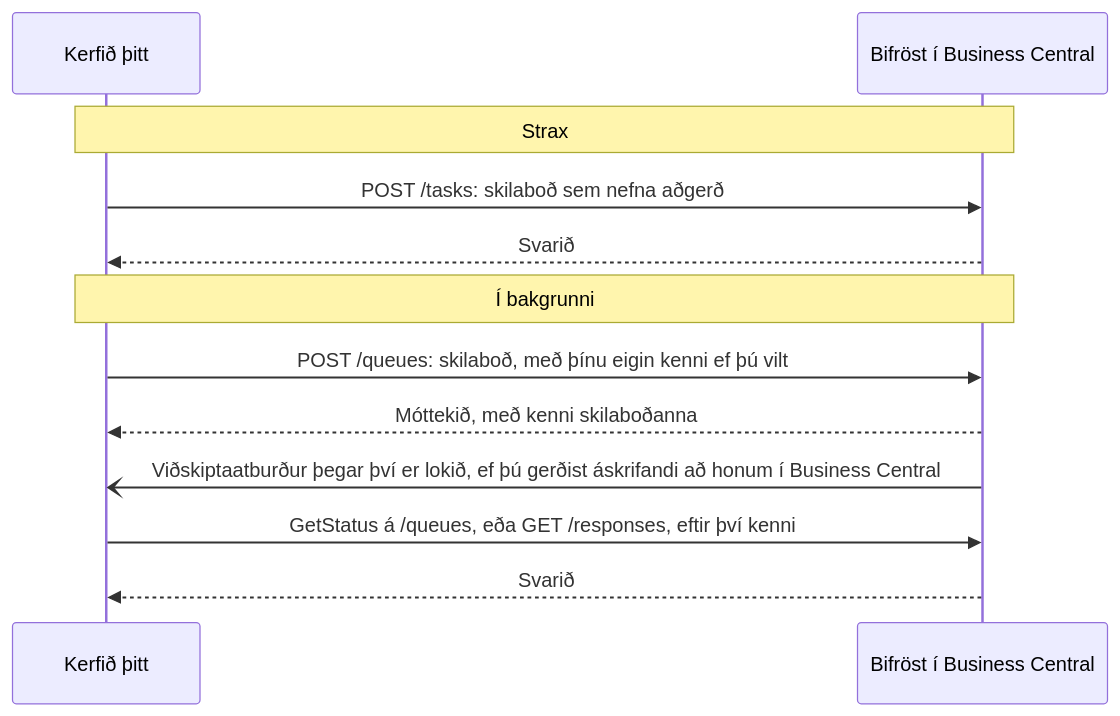
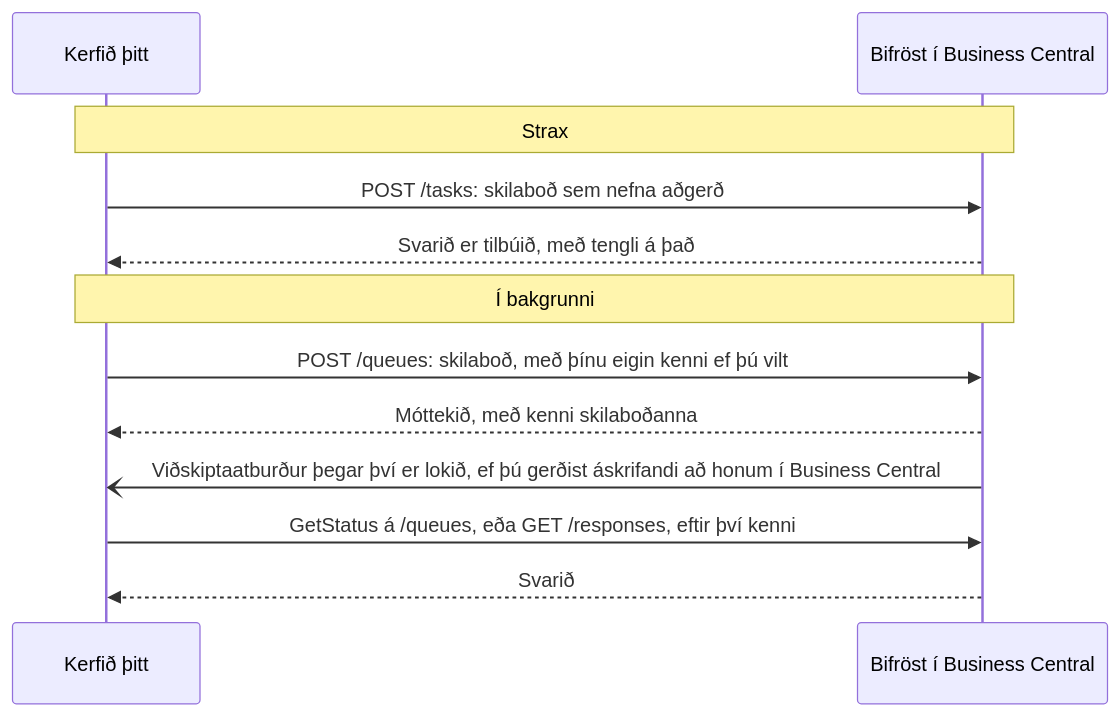
Before and after one commit to businesscentralal/bifrost: the diagram in i18n/is-IS/docusaurus-plugin-content-docs-documentation/current/developers.md, drawn with Mermaid. The commit also changed other lines of this file and 33 other files, not shown here.

````diff
--- a/i18n/is-IS/docusaurus-plugin-content-docs-documentation/current/developers.md
+++ b/i18n/is-IS/docusaurus-plugin-content-docs-documentation/current/developers.md
@@ -34,14 +63,14 @@
 ```mermaid
 sequenceDiagram
   participant S as Kerfið þitt
   participant B as Bifröst í Business Central
   Note over S,B: Strax
   S->>B: POST /tasks: skilaboð sem nefna aðgerð
-  B-->>S: Svarið
+  B-->>S: Svarið er tilbúið, með tengli á það
   Note over S,B: Í bakgrunni
   S->>B: POST /queues: skilaboð, með þínu eigin kenni ef þú vilt
   B-->>S: Móttekið, með kenni skilaboðanna
   B-)S: Viðskiptaatburður þegar því er lokið, ef þú gerðist áskrifandi að honum í Business Central
   S->>B: GetStatus á /queues, eða GET /responses, eftir því kenni
   B-->>S: Svarið
 ```
````
